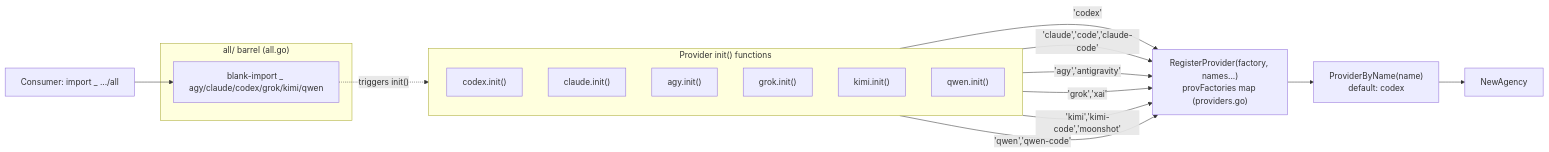
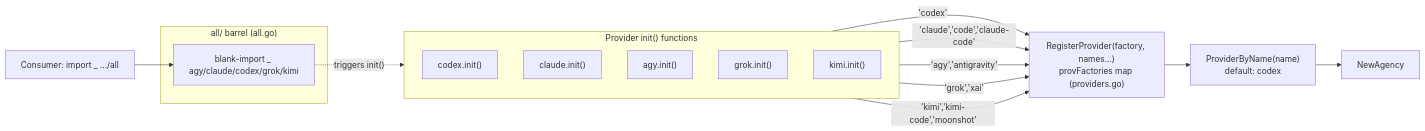
Before and after one commit to inovacc/corral: the third of 3 diagrams in docs/ARCHITECTURE.md, drawn with Mermaid. The commit also changed other lines of this file and 21 other files, not shown here.

````diff
--- a/docs/ARCHITECTURE.md
+++ b/docs/ARCHITECTURE.md
@@ -139,30 +137,28 @@
 ```mermaid
 flowchart LR
     subgraph inits["Provider init() functions"]
         direction TB
         i_codex["codex.init()"]
         i_claude["claude.init()"]
         i_agy["agy.init()"]
         i_grok["grok.init()"]
         i_kimi["kimi.init()"]
-        i_qwen["qwen.init()"]
     end
 
     subgraph barrel["all/ barrel (all.go)"]
-        b["blank-import _ agy/claude/codex/grok/kimi/qwen"]
+        b["blank-import _ agy/claude/codex/grok/kimi"]
     end
 
     reg["RegisterProvider(factory, names...)\nprovFactories map (providers.go)"]
 
     i_codex -->|'codex'| reg
     i_claude -->|'claude','code','claude-code'| reg
     i_agy -->|'agy','antigravity'| reg
     i_grok -->|'grok','xai'| reg
     i_kimi -->|'kimi','kimi-code','moonshot'| reg
-    i_qwen -->|'qwen','qwen-code'| reg
 
     b -.triggers init().-> inits
     consumer["Consumer: import _ .../all"] --> b
     reg --> lookup["ProviderByName(name)\ndefault: codex"]
     lookup --> agency["NewAgency"]
 ```
````
